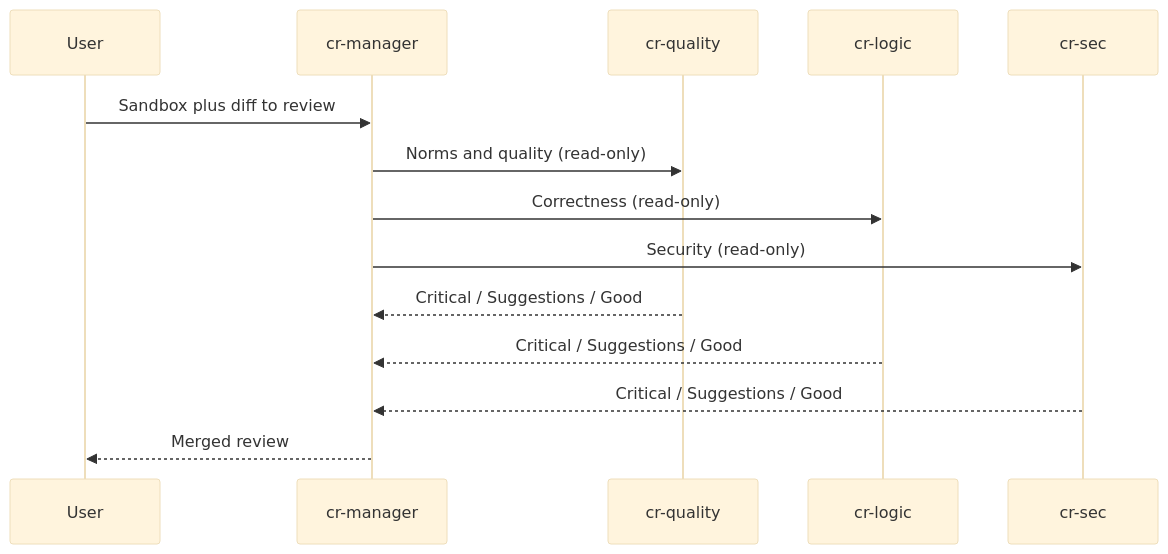
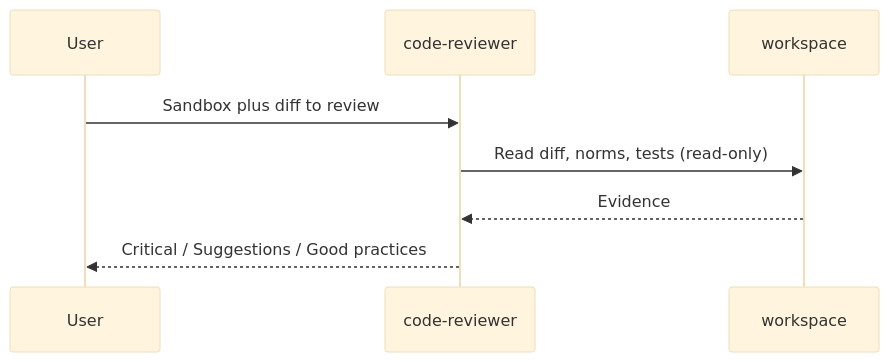
The fourth of 6 diagrams in README.md (crafting-demo/agent-patterns), drawn with Mermaid (base theme) before and after one commit. The commit also changed other lines of this file and 54 other files, not shown here.

````diff
--- a/README.md
+++ b/README.md
@@ -134,16 +132,10 @@
 ```mermaid
 sequenceDiagram
   participant User
-  participant Manager as cr-manager
-  participant Quality as cr-quality
-  participant Logic as cr-logic
-  participant Sec as cr-sec
-  User->>Manager: Sandbox plus diff to review
-  Manager->>Quality: Norms and quality (read-only)
-  Manager->>Logic: Correctness (read-only)
-  Manager->>Sec: Security (read-only)
-  Quality-->>Manager: Critical / Suggestions / Good
-  Logic-->>Manager: Critical / Suggestions / Good
-  Sec-->>Manager: Critical / Suggestions / Good
-  Manager-->>User: Merged review
+  participant CR as code-reviewer
+  participant WS as workspace
+  User->>CR: Sandbox plus diff to review
+  CR->>WS: Read diff, norms, tests (read-only)
+  WS-->>CR: Evidence
+  CR-->>User: Critical / Suggestions / Good practices
 ```
````
